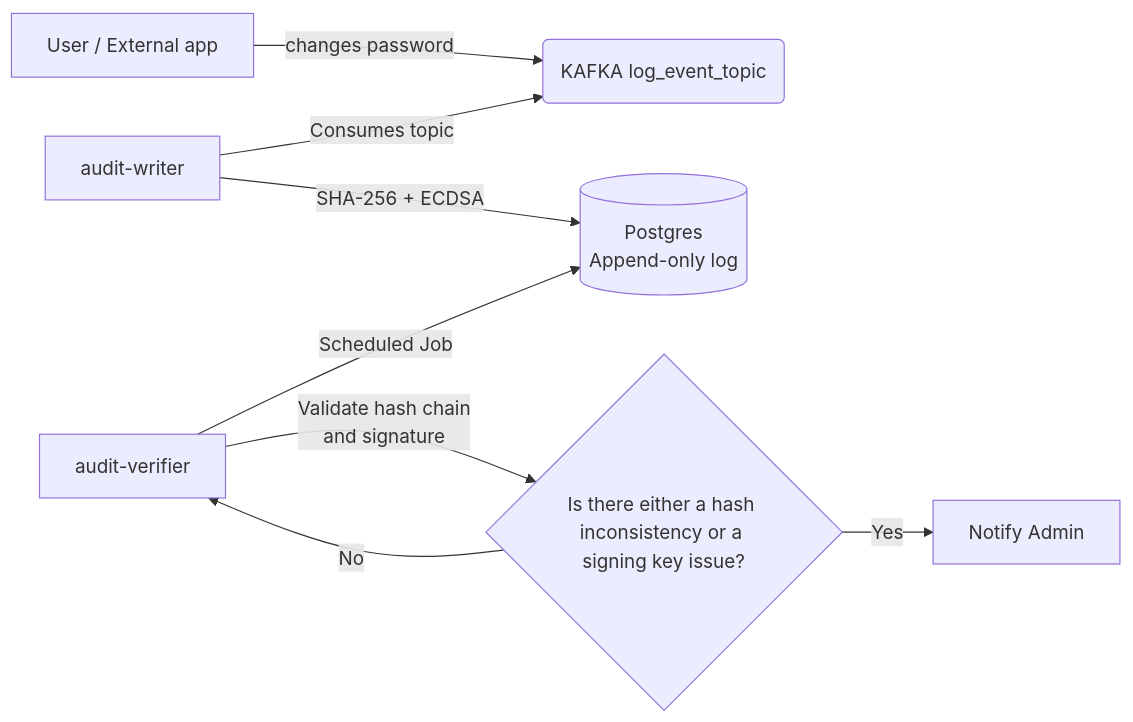
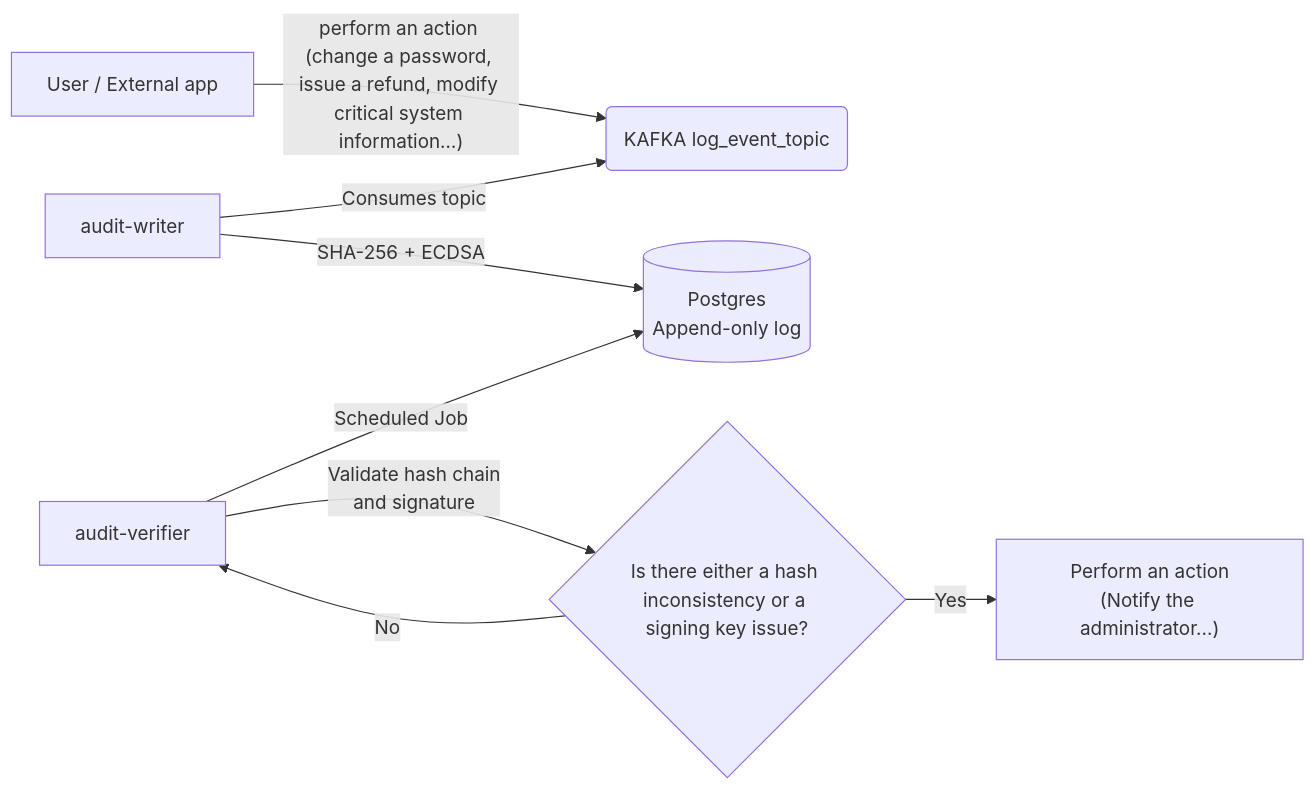
Before and after one commit to igorsoares/audit-ledger: the first of 2 diagrams in README.md, drawn with Mermaid. The commit also changed other lines of this file, not shown here.

````diff
--- a/README.md
+++ b/README.md
@@ -80,13 +73,13 @@
 ```mermaid
 flowchart LR
-    User["User / External app"] -- changes password --> Topic["KAFKA log_event_topic"]
+    User["User / External app"] -- perform an action (change a password, issue a refund, modify critical system information…) --> Topic["KAFKA log_event_topic"]
     Writer["audit-writer"] -- "SHA-256 + ECDSA" --> DB[("Postgres<br>Append-only log")]
     Verifier["audit-verifier"] -- Scheduled Job --> DB
     Writer -- Consumes topic --> Topic
     Verifier -- Validate hash chain<br>and signature --> n1["Is there either a hash inconsistency or a signing key issue?"]
-    n1 -- Yes --> Alert["Notify Admin"]
+    n1 -- Yes --> Alert["Perform an action<br>(Notify the administrator...)"]
     n1 -- No --> Verifier
 
     Topic@{ shape: rounded}
     n1@{ shape: diam}
 ```
````
